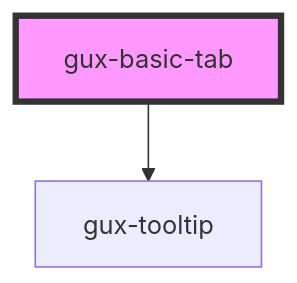
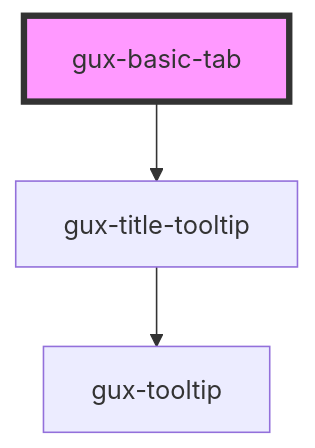
Before and after one commit to Retsam/genesys-webcomponents: the diagram in src/components/beta/gux-basic-tabs/gux-basic-tab/readme.md, drawn with Mermaid. The commit also changed other lines of this file and 7 other files, not shown here.

Commit message:
chore(gux-basic-tabs): added new component to handle tooltips in tabs

````diff
--- a/src/components/beta/gux-basic-tabs/gux-basic-tab/readme.md
+++ b/src/components/beta/gux-basic-tabs/gux-basic-tab/readme.md
@@ -32,5 +32,6 @@
 ```mermaid
 graph TD;
-  gux-basic-tab --> gux-tooltip
+  gux-basic-tab --> gux-title-tooltip
+  gux-title-tooltip --> gux-tooltip
   style gux-basic-tab fill:#f9f,stroke:#333,stroke-width:4px
 ```
````
